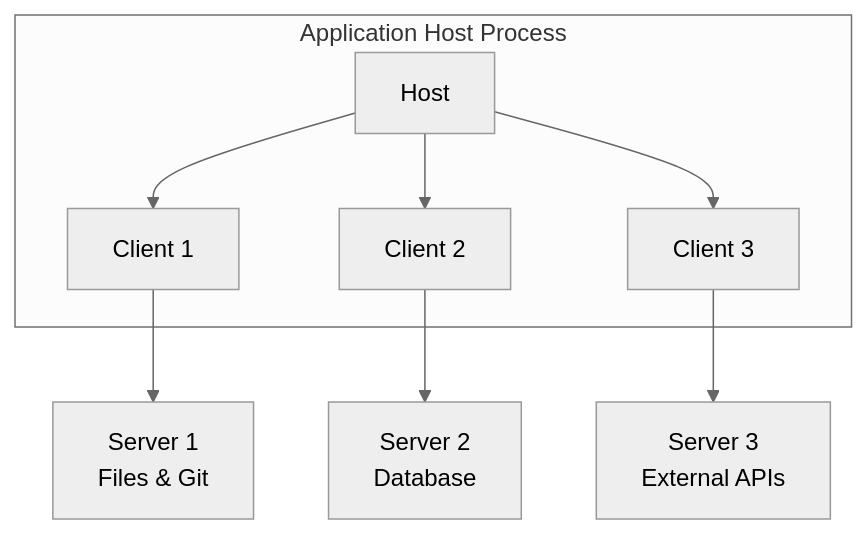
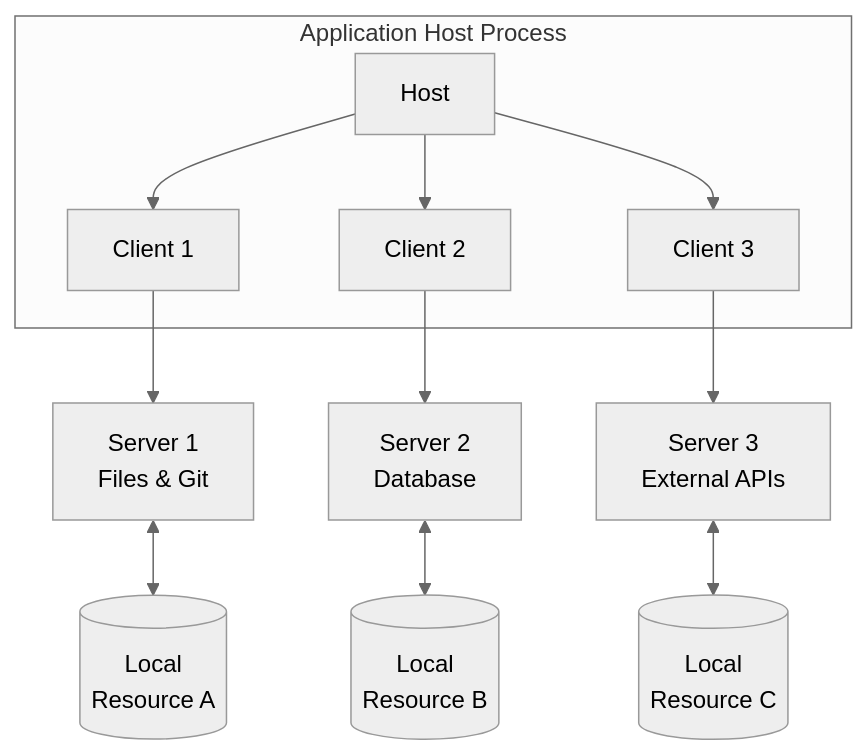
One commit to zcstarr/modelcontextprotocol changed the first of 2 diagrams in docs/architecture/_index.md. Above: the diagram before and after it, drawn with Mermaid (neutral theme).

````diff
--- a/docs/architecture/_index.md
+++ b/docs/architecture/_index.md
@@ -12,18 +12,27 @@
 ```mermaid
 graph TB
     subgraph "Application Host Process"
         H[Host]
         C1[Client 1]
         C2[Client 2]
         C3[Client 3]
         H --> C1
         H --> C2
         H --> C3
     end
     S1[Server 1<br>Files & Git]
     S2[Server 2<br>Database]
     S3[Server 3<br>External APIs]
+
+    R1[("Local<br>Resource A")]
+    R2[("Local<br>Resource B")]
+    R3[("Local<br>Resource C")]
+
     C1 --> S1
     C2 --> S2
     C3 --> S3
+
+    S1 <--> R1
+    S2 <--> R2
+    S3 <--> R3
 ```
````
